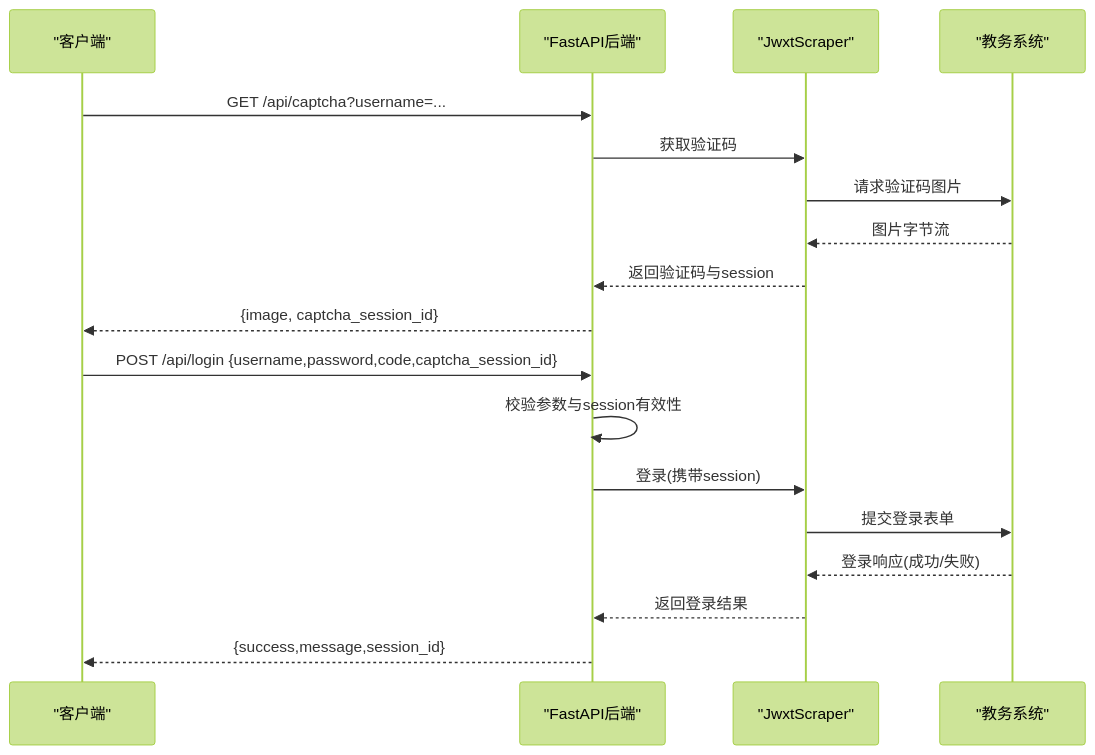
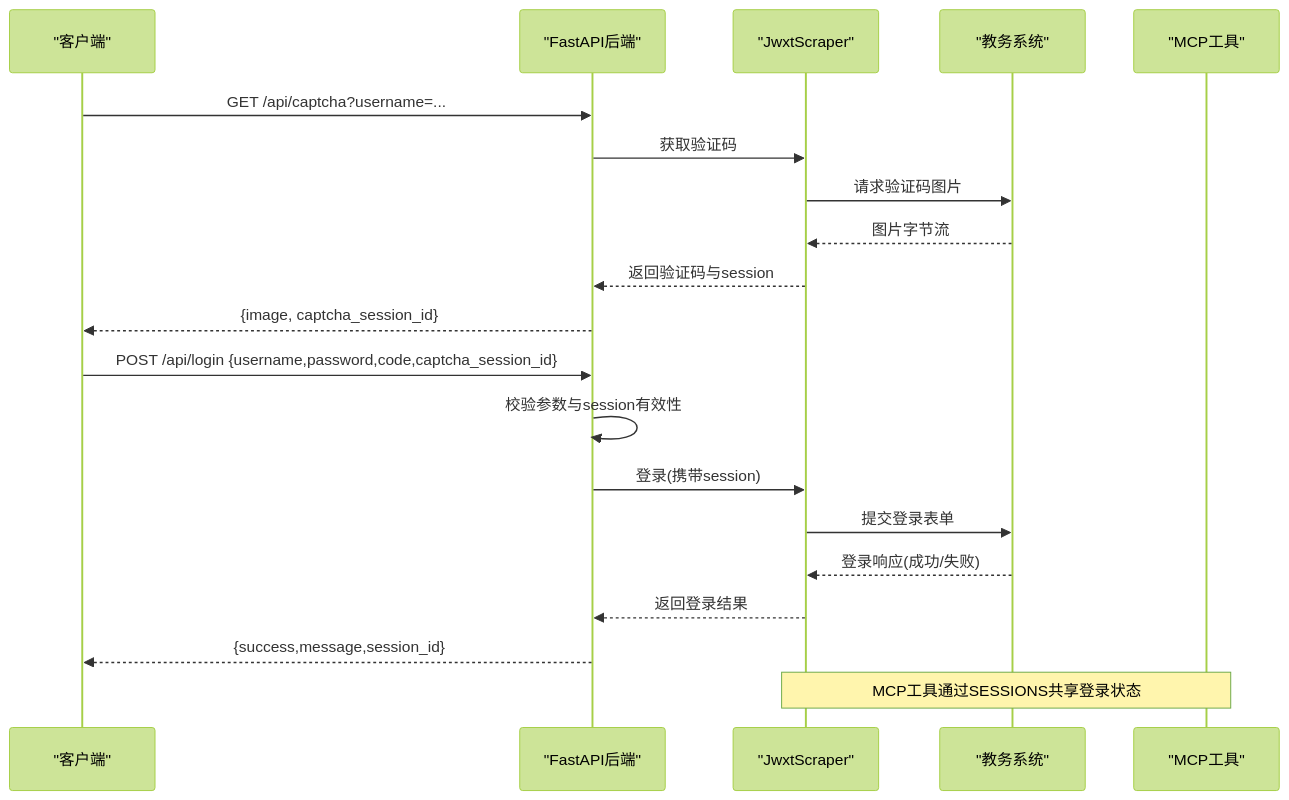
Before and after one commit to ghbbn053-ship-itsoulddog/soulddog: the third of 7 diagrams in .qoder/repowiki/zh/content/开发指南/扩展点与插件/第三方服务集成.md, drawn with Mermaid (forest theme). The commit also changed other lines of this file and 13 other files, not shown here.

````diff
--- a/.qoder/repowiki/zh/content/开发指南/扩展点与插件/第三方服务集成.md
+++ b/.qoder/repowiki/zh/content/开发指南/扩展点与插件/第三方服务集成.md
@@ -153,20 +194,22 @@
 ```mermaid
 sequenceDiagram
 participant C as "客户端"
 participant API as "FastAPI后端"
 participant S as "JwxtScraper"
 participant E as "教务系统"
+participant M as "MCP工具"
 C->>API : GET /api/captcha?username=...
 API->>S : 获取验证码
 S->>E : 请求验证码图片
 E-->>S : 图片字节流
 S-->>API : 返回验证码与session
 API-->>C : {image, captcha_session_id}
 C->>API : POST /api/login {username,password,code,captcha_session_id}
 API->>API : 校验参数与session有效性
 API->>S : 登录(携带session)
 S->>E : 提交登录表单
 E-->>S : 登录响应(成功/失败)
 S-->>API : 返回登录结果
 API-->>C : {success,message,session_id}
+Note over M,S : MCP工具通过SESSIONS共享登录状态
 ```
````
